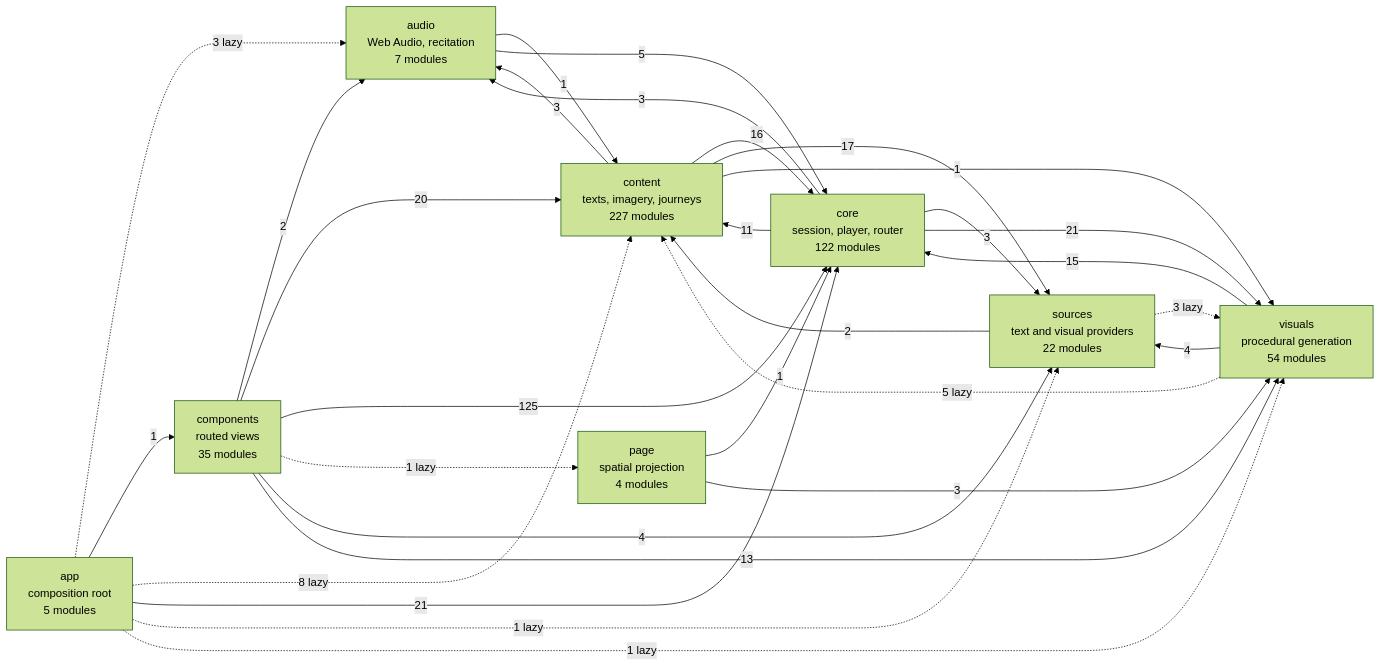
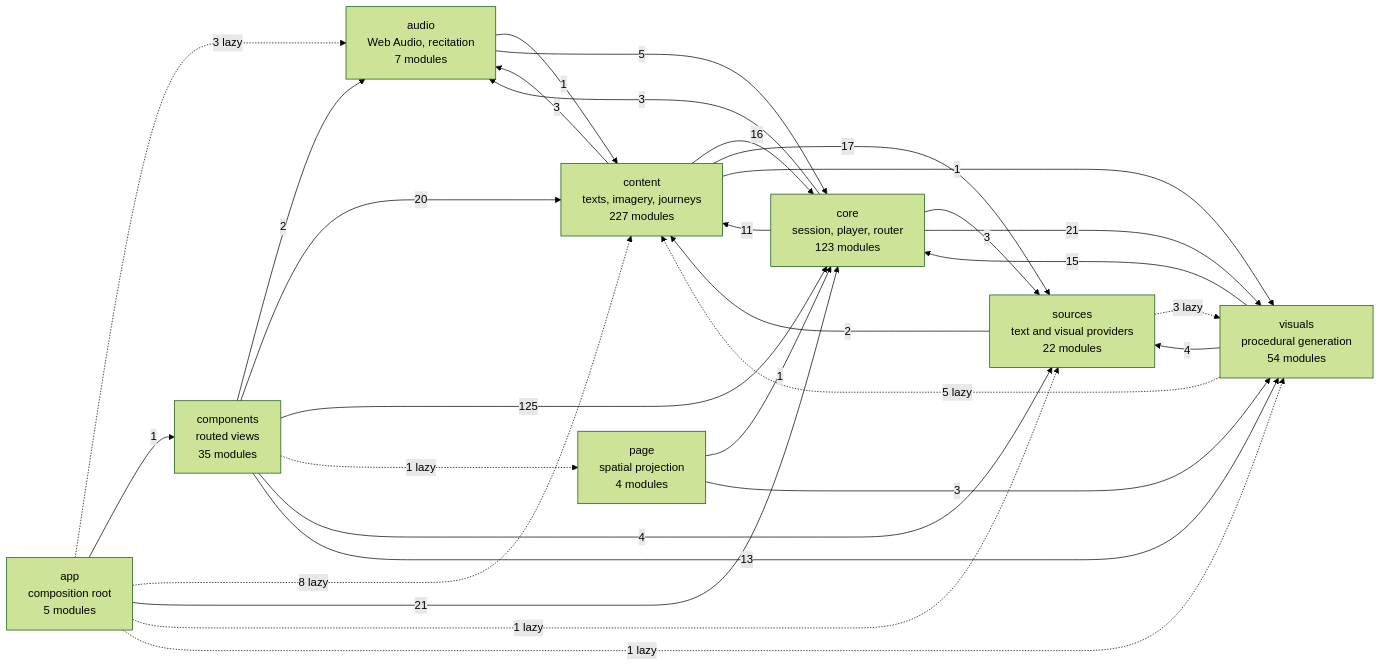
The diagram in docs/specs/ARCHITECTURE.md (SyberLabs/RISE), drawn with Mermaid (forest theme) before and after one commit. The commit also changed other lines of this file and 9 other files, not shown here.

````diff
--- a/docs/specs/ARCHITECTURE.md
+++ b/docs/specs/ARCHITECTURE.md
@@ -149,41 +153,41 @@
 ```mermaid
 flowchart LR
     app["app<br/>composition root<br/>5 modules"]
     audio["audio<br/>Web Audio, recitation<br/>7 modules"]
     components["components<br/>routed views<br/>35 modules"]
     content["content<br/>texts, imagery, journeys<br/>227 modules"]
-    core["core<br/>session, player, router<br/>122 modules"]
+    core["core<br/>session, player, router<br/>123 modules"]
     page["page<br/>spatial projection<br/>4 modules"]
     sources["sources<br/>text and visual providers<br/>22 modules"]
     visuals["visuals<br/>procedural generation<br/>54 modules"]
 
     app -.-> |3 lazy| audio
     app --> |1| components
     app -.-> |8 lazy| content
     app --> |21| core
     app -.-> |1 lazy| sources
     app -.-> |1 lazy| visuals
     audio --> |1| content
     audio --> |5| core
     components --> |2| audio
     components --> |20| content
     components --> |125| core
     components -.-> |1 lazy| page
     components --> |4| sources
     components --> |13| visuals
     content --> |3| audio
     content --> |16| core
     content --> |17| sources
     content --> |1| visuals
     core --> |3| audio
     core --> |11| content
     core --> |3| sources
     core --> |21| visuals
     page --> |1| core
     page --> |3| visuals
     sources --> |2| content
     sources -.-> |3 lazy| visuals
     visuals -.-> |5 lazy| content
     visuals --> |15| core
     visuals --> |4| sources
 ```
````
